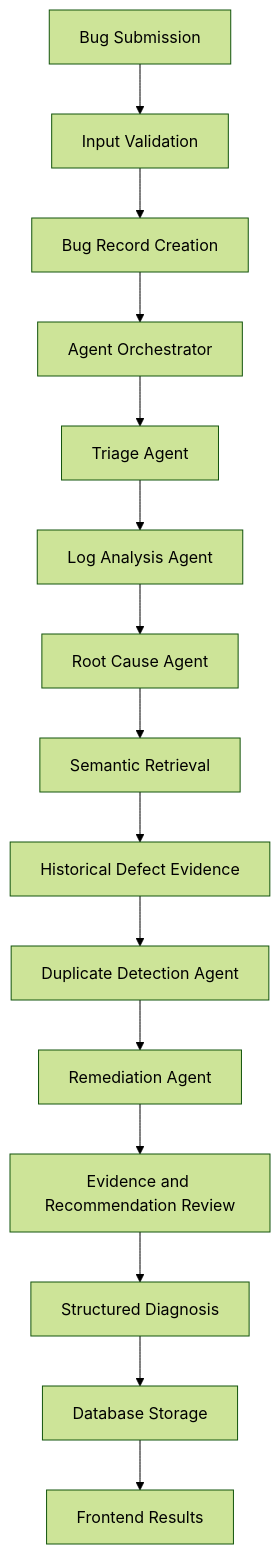
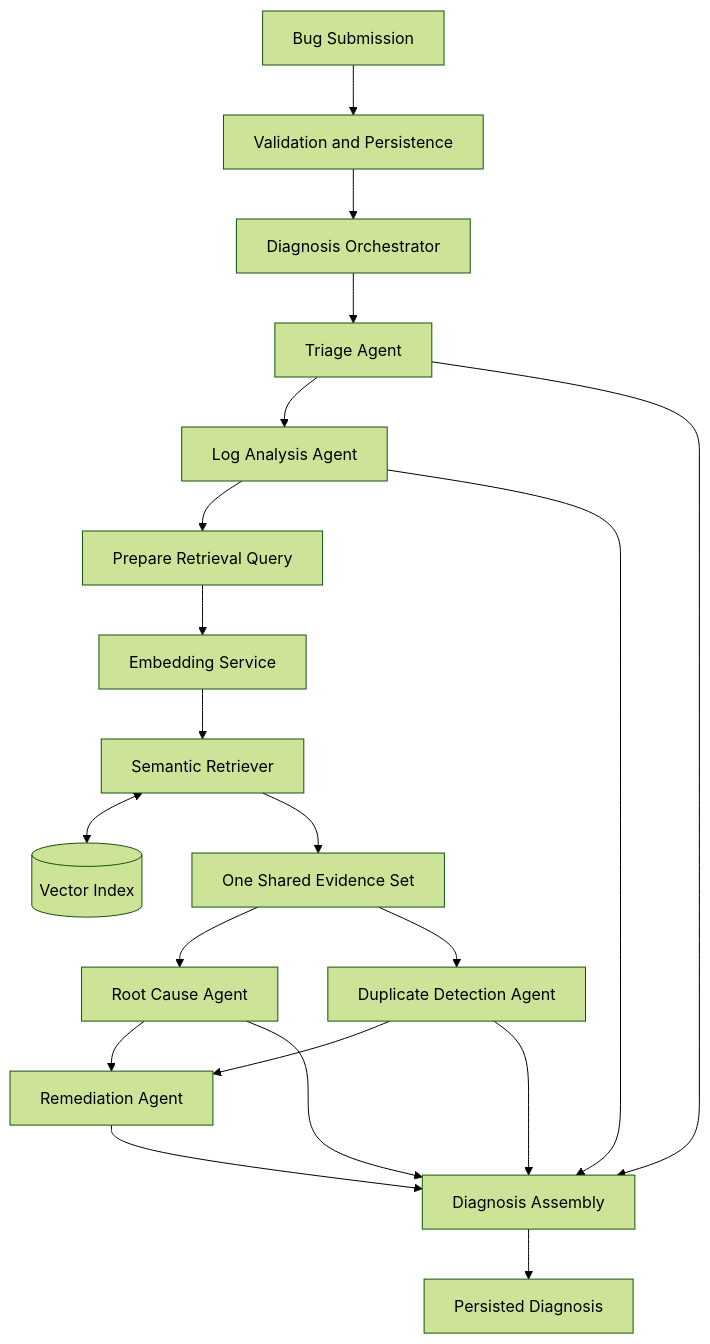
The second of 4 diagrams in README.md (Mokshsaini7/intelligent-bug-diagnosis-platform), drawn with Mermaid (forest theme) before and after one commit. The commit also changed other lines of this file, not shown here.

````diff
--- a/README.md
+++ b/README.md
@@ -267,21 +306,22 @@
 ```mermaid
 flowchart TD
-    A["Bug Submission"] --> B["Input Validation"]
-    B --> C["Bug Record Creation"]
-    C --> D["Agent Orchestrator"]
-
-    D --> E["Triage Agent"]
-    E --> F["Log Analysis Agent"]
-    F --> G["Root Cause Agent"]
-
-    G --> H["Semantic Retrieval"]
-    H --> I["Historical Defect Evidence"]
-
-    I --> J["Duplicate Detection Agent"]
-    J --> K["Remediation Agent"]
-
-    K --> L["Evidence and Recommendation Review"]
-    L --> M["Structured Diagnosis"]
-    M --> N["Database Storage"]
-    N --> O["Frontend Results"]
+    A["Bug Submission"] --> B["Validation and Persistence"]
+    B --> C["Diagnosis Orchestrator"]
+    C --> D["Triage Agent"]
+    D --> E["Log Analysis Agent"]
+    E --> F["Prepare Retrieval Query"]
+    F --> G["Embedding Service"]
+    G --> H["Semantic Retriever"]
+    H <--> DB[("Vector Index")]
+    H --> I["One Shared Evidence Set"]
+    I --> J["Root Cause Agent"]
+    I --> K["Duplicate Detection Agent"]
+    J --> L["Remediation Agent"]
+    K --> L
+    D --> M["Diagnosis Assembly"]
+    E --> M
+    J --> M
+    K --> M
+    L --> M
+    M --> N["Persisted Diagnosis"]
 ```
````
